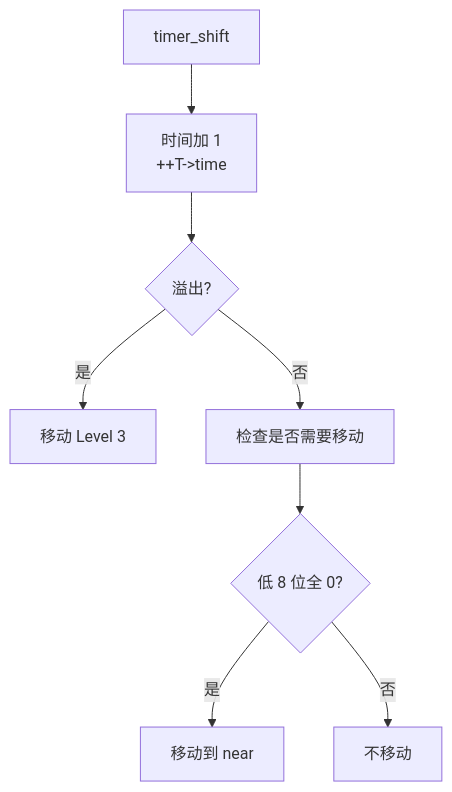
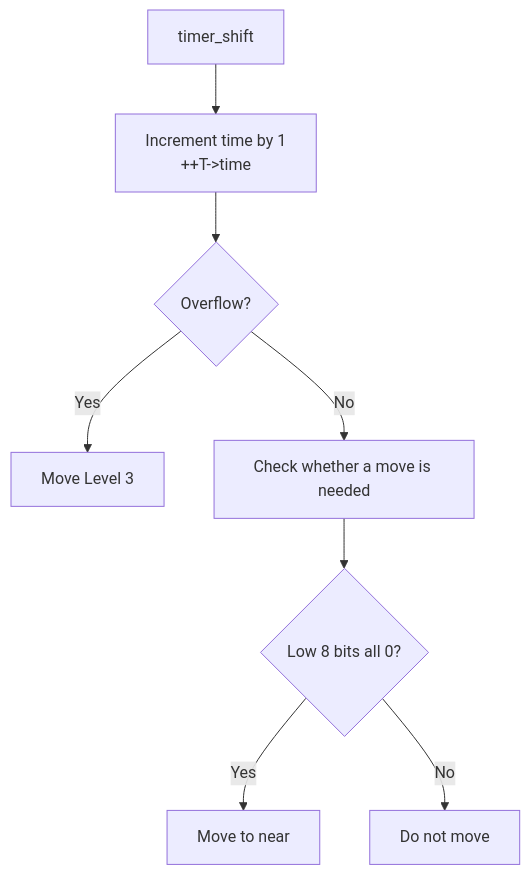
One commit to cuihairu/skynet changed the third of 3 diagrams in docs/analysis/skynet-timer.md. Above: the diagram before and after it, drawn with Mermaid. The commit also changed other lines of this file and 86 other files, not shown here.

````diff
--- a/docs/analysis/skynet-timer.md
+++ b/docs/analysis/skynet-timer.md
@@ -272,10 +272,10 @@
 ```mermaid
 graph TD
-    A[timer_shift] --> B[时间加 1<br/>++T->time]
-    B --> C{溢出?}
-    C -->|是| D[移动 Level 3]
-    C -->|否| E[检查是否需要移动]
-    E --> F{低 8 位全 0?}
-    F -->|是| G[移动到 near]
-    F -->|否| H[不移动]
+    A[timer_shift] --> B[Increment time by 1<br/>++T->time]
+    B --> C{Overflow?}
+    C -->|Yes| D[Move Level 3]
+    C -->|No| E[Check whether a move is needed]
+    E --> F{Low 8 bits all 0?}
+    F -->|Yes| G[Move to near]
+    F -->|No| H[Do not move]
 ```
````
